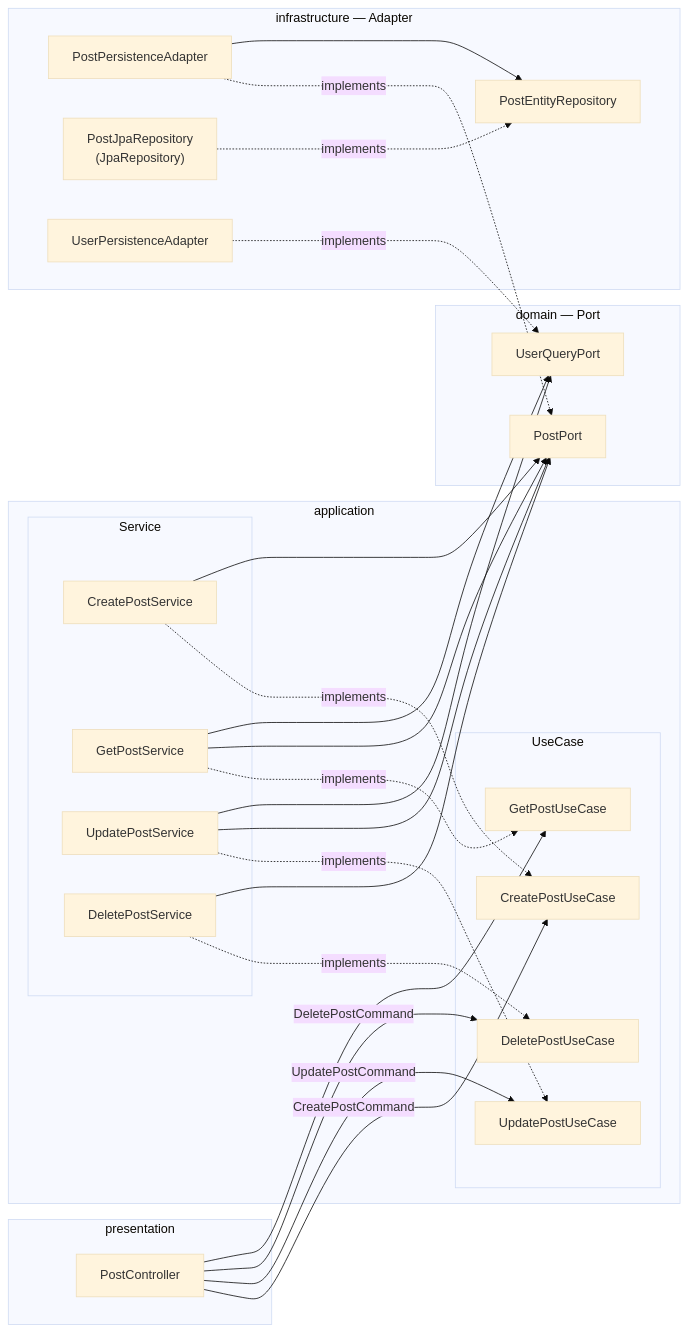
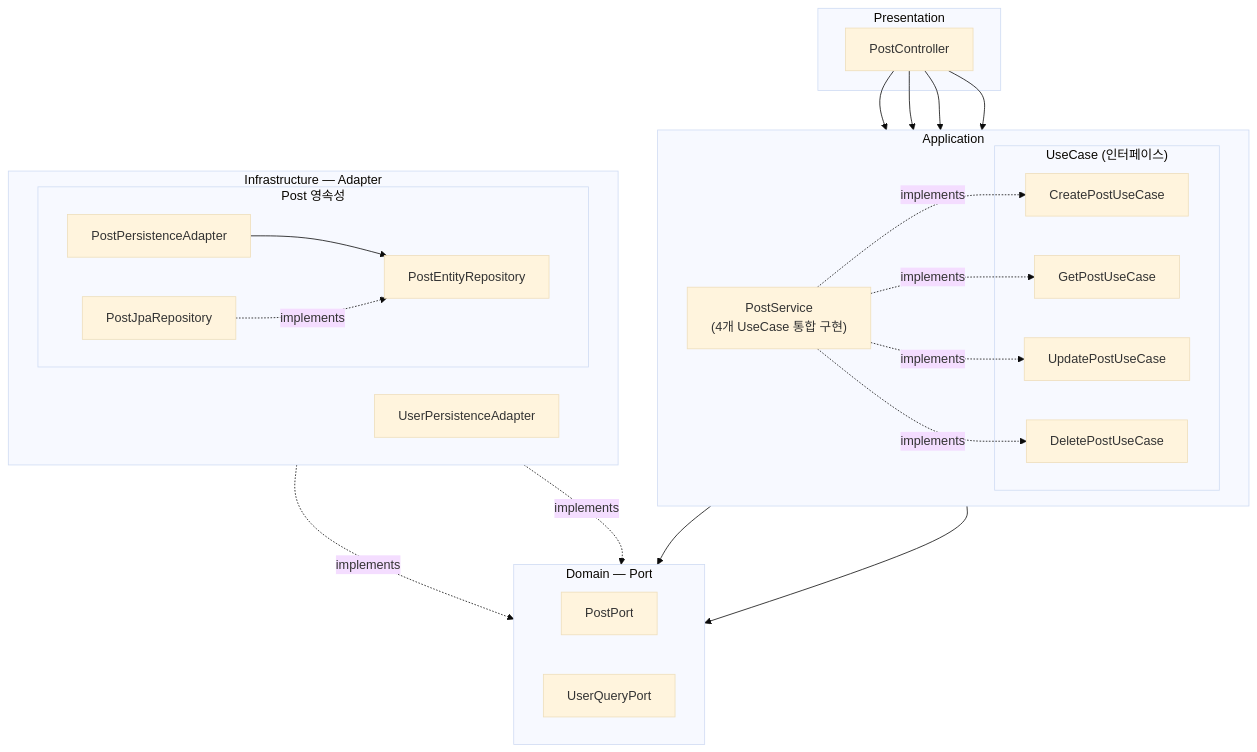
Before and after one commit to GoToOOP2/OOP: the first of 8 diagrams in docs/superpowers/specs/2026-04-15-board-crud-review-request.md, drawn with Mermaid (base theme). The commit also changed other lines of this file, not shown here.

Commit message:
docs : 설계 문서에 PostService 통합 및 컴포넌트 배치 반영

````diff
--- a/docs/superpowers/specs/2026-04-15-board-crud-review-request.md
+++ b/docs/superpowers/specs/2026-04-15-board-crud-review-request.md
@@ -22,53 +22,54 @@
 ```mermaid
-flowchart LR
-    subgraph presentation
+flowchart TB
+    subgraph presentation["Presentation"]
         PC["PostController"]
     end
 
-    subgraph application
-        subgraph usecase["UseCase"]
+    subgraph application["Application"]
+        direction LR
+        subgraph usecase["UseCase (인터페이스)"]
             CPU["CreatePostUseCase"]
             GPU["GetPostUseCase"]
             UPU["UpdatePostUseCase"]
             DPU["DeletePostUseCase"]
         end
-
-        subgraph service["Service"]
-            CPS["CreatePostService"]
-            GPS["GetPostService"]
-            UPS["UpdatePostService"]
-            DPS["DeletePostService"]
-        end
+        PS["PostService\n(4개 UseCase 통합 구현)"]
     end
 
-    subgraph domain["domain — Port"]
+    subgraph domain["Domain — Port"]
+        direction LR
         PP["PostPort"]
         UQP["UserQueryPort"]
     end
 
-    subgraph infrastructure["infrastructure — Adapter"]
-        PPA["PostPersistenceAdapter"]
-        PER["PostEntityRepository"]
-        PJR["PostJpaRepository\n(JpaRepository)"]
+    subgraph infrastructure["Infrastructure — Adapter"]
+        direction LR
+        subgraph post-infra["Post 영속성"]
+            PPA["PostPersistenceAdapter"]
+            PER["PostEntityRepository"]
+            PJR["PostJpaRepository"]
+        end
         UPA["UserPersistenceAdapter"]
     end
 
-    PC --CreatePostCommand--> CPU
-    PC --UpdatePostCommand--> UPU
-    PC --DeletePostCommand--> DPU
-    PC --> GPU
+    %% Presentation → Application
+    PC --> CPU & GPU & UPU & DPU
 
-    CPS -. implements .-> CPU
-    GPS -. implements .-> GPU
-    UPS -. implements .-> UPU
-    DPS -. implements .-> DPU
+    %% Service implements UseCase
+    PS -. implements .-> CPU
+    PS -. implements .-> GPU
+    PS -. implements .-> UPU
+    PS -. implements .-> DPU
 
-    CPS & GPS & UPS & DPS --> PP
-    GPS & UPS --> UQP
+    %% Application → Domain Port
+    PS --> PP
+    PS --> UQP
 
+    %% Infrastructure implements Domain Port
     PPA -. implements .-> PP
+    UPA -. implements .-> UQP
+
+    %% Infrastructure 3단 구조
     PPA --> PER
     PJR -. implements .-> PER
-
-    UPA -. implements .-> UQP
 ```
````
